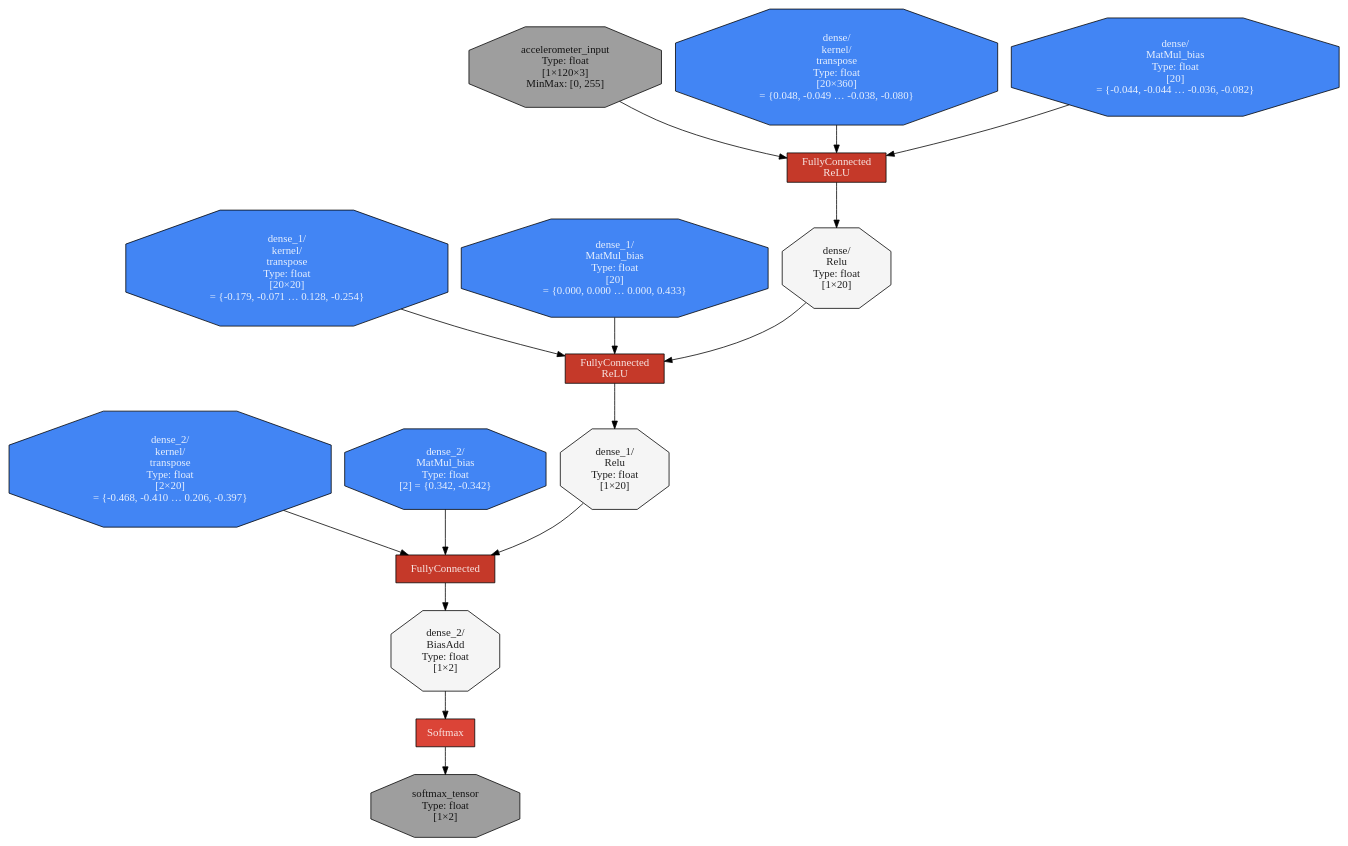
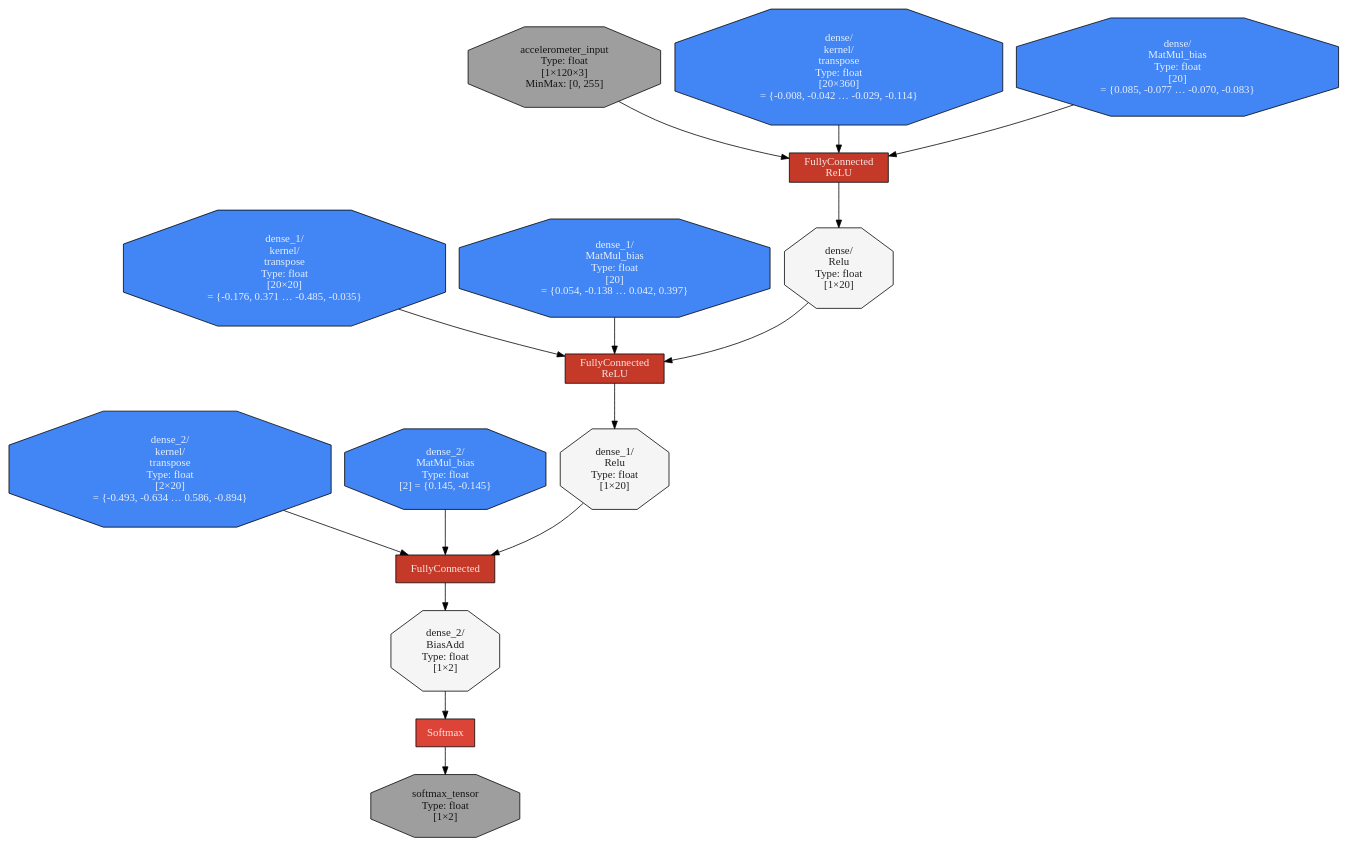
Before and after one commit to papr/tensorflow-for-poets-2: the diagram in android/tflite/app/src/main/assets/20-20_120_1_0.01_0.95.dot, drawn with Graphviz. The commit also changed 2 other files, not shown here.

```diff
--- a/android/tflite/app/src/main/assets/20-20_120_1_0.01_0.95.dot
+++ b/android/tflite/app/src/main/assets/20-20_120_1_0.01_0.95.dot
@@ -1,31 +1,31 @@
 digraph Computegraph {
 	 "op00000" [label="FullyConnected\nReLU", shape=box, style=filled, fillcolor="#C53929", fontcolor = "#FFFFFFDD"];
 	 "accelerometer_input" [label="accelerometer_input\nType: float\n[1×120×3]\nMinMax: [0, 255]", shape=octagon, style=filled, fillcolor="#9E9E9E", fontcolor = "#000000DD"];
 	 "accelerometer_input" -> "op00000";
-	 "dense/kernel/transpose" [label="dense/\nkernel/\ntranspose\nType: float\n[20×360]\n = {0.048, -0.049 … -0.038, -0.080}", shape=octagon, style=filled, fillcolor="#4285F4", fontcolor = "#FFFFFFDD"];
+	 "dense/kernel/transpose" [label="dense/\nkernel/\ntranspose\nType: float\n[20×360]\n = {-0.008, -0.042 … -0.029, -0.114}", shape=octagon, style=filled, fillcolor="#4285F4", fontcolor = "#FFFFFFDD"];
 	 "dense/kernel/transpose" -> "op00000";
-	 "dense/MatMul_bias" [label="dense/\nMatMul_bias\nType: float\n[20]\n = {-0.044, -0.044 … -0.036, -0.082}", shape=octagon, style=filled, fillcolor="#4285F4", fontcolor = "#FFFFFFDD"];
+	 "dense/MatMul_bias" [label="dense/\nMatMul_bias\nType: float\n[20]\n = {0.085, -0.077 … -0.070, -0.083}", shape=octagon, style=filled, fillcolor="#4285F4", fontcolor = "#FFFFFFDD"];
 	 "dense/MatMul_bias" -> "op00000";
 	 "dense/Relu" [label="dense/\nRelu\nType: float\n[1×20]", shape=octagon, style=filled, fillcolor="#F5F5F5", fontcolor = "#000000DD"];
 	 "op00000" -> "dense/Relu";
 	 "op00001" [label="FullyConnected\nReLU", shape=box, style=filled, fillcolor="#C53929", fontcolor = "#FFFFFFDD"];
 	 "dense/Relu" -> "op00001";
-	 "dense_1/kernel/transpose" [label="dense_1/\nkernel/\ntranspose\nType: float\n[20×20]\n = {-0.179, -0.071 … 0.128, -0.254}", shape=octagon, style=filled, fillcolor="#4285F4", fontcolor = "#FFFFFFDD"];
+	 "dense_1/kernel/transpose" [label="dense_1/\nkernel/\ntranspose\nType: float\n[20×20]\n = {-0.176, 0.371 … -0.485, -0.035}", shape=octagon, style=filled, fillcolor="#4285F4", fontcolor = "#FFFFFFDD"];
 	 "dense_1/kernel/transpose" -> "op00001";
-	 "dense_1/MatMul_bias" [label="dense_1/\nMatMul_bias\nType: float\n[20]\n = {0.000, 0.000 … 0.000, 0.433}", shape=octagon, style=filled, fillcolor="#4285F4", fontcolor = "#FFFFFFDD"];
+	 "dense_1/MatMul_bias" [label="dense_1/\nMatMul_bias\nType: float\n[20]\n = {0.054, -0.138 … 0.042, 0.397}", shape=octagon, style=filled, fillcolor="#4285F4", fontcolor = "#FFFFFFDD"];
 	 "dense_1/MatMul_bias" -> "op00001";
 	 "dense_1/Relu" [label="dense_1/\nRelu\nType: float\n[1×20]", shape=octagon, style=filled, fillcolor="#F5F5F5", fontcolor = "#000000DD"];
 	 "op00001" -> "dense_1/Relu";
 	 "op00002" [label="FullyConnected", shape=box, style=filled, fillcolor="#C53929", fontcolor = "#FFFFFFDD"];
 	 "dense_1/Relu" -> "op00002";
-	 "dense_2/kernel/transpose" [label="dense_2/\nkernel/\ntranspose\nType: float\n[2×20]\n = {-0.468, -0.410 … 0.206, -0.397}", shape=octagon, style=filled, fillcolor="#4285F4", fontcolor = "#FFFFFFDD"];
+	 "dense_2/kernel/transpose" [label="dense_2/\nkernel/\ntranspose\nType: float\n[2×20]\n = {-0.493, -0.634 … 0.586, -0.894}", shape=octagon, style=filled, fillcolor="#4285F4", fontcolor = "#FFFFFFDD"];
 	 "dense_2/kernel/transpose" -> "op00002";
-	 "dense_2/MatMul_bias" [label="dense_2/\nMatMul_bias\nType: float\n[2] = {0.342, -0.342}", shape=octagon, style=filled, fillcolor="#4285F4", fontcolor = "#FFFFFFDD"];
+	 "dense_2/MatMul_bias" [label="dense_2/\nMatMul_bias\nType: float\n[2] = {0.145, -0.145}", shape=octagon, style=filled, fillcolor="#4285F4", fontcolor = "#FFFFFFDD"];
 	 "dense_2/MatMul_bias" -> "op00002";
 	 "dense_2/BiasAdd" [label="dense_2/\nBiasAdd\nType: float\n[1×2]", shape=octagon, style=filled, fillcolor="#F5F5F5", fontcolor = "#000000DD"];
 	 "op00002" -> "dense_2/BiasAdd";
 	 "op00003" [label="Softmax", shape=box, style=filled, fillcolor="#DB4437", fontcolor = "#FFFFFFDD"];
 	 "dense_2/BiasAdd" -> "op00003";
 	 "softmax_tensor" [label="softmax_tensor\nType: float\n[1×2]", shape=octagon, style=filled, fillcolor="#9E9E9E", fontcolor = "#000000DD"];
 	 "op00003" -> "softmax_tensor";
 }
```
